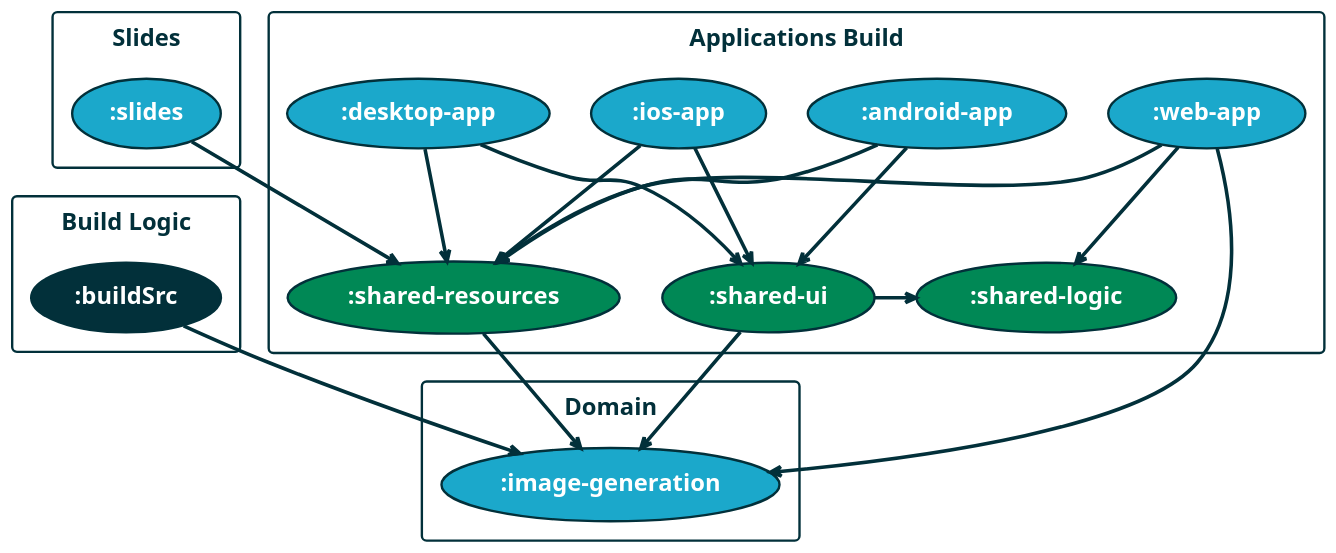
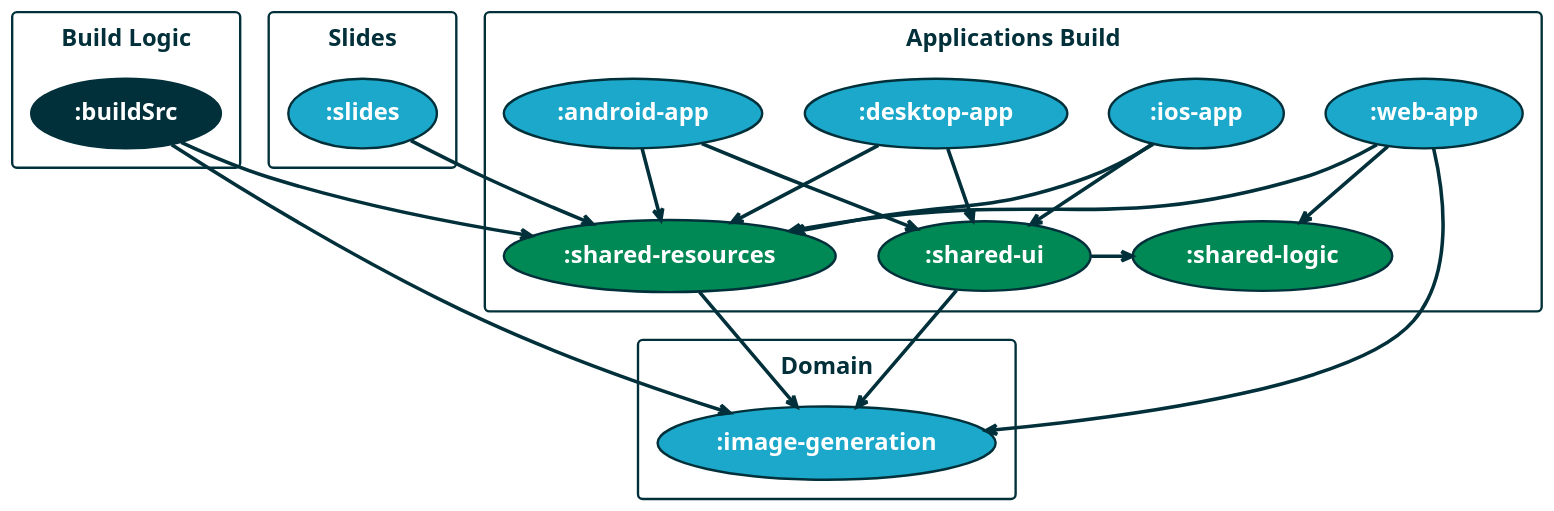
One commit to gradle/imaginate changed the diagram in slides/src/docs/asciidoc/fragments/_diagram_build-logic-graph.adoc. Above: the diagram before and after it, drawn with PlantUML. The commit also changed 2 other files, not shown here.

Commit message:
Refine slides

```diff
--- a/slides/src/docs/asciidoc/fragments/_diagram_build-logic-graph.adoc
+++ b/slides/src/docs/asciidoc/fragments/_diagram_build-logic-graph.adoc
@@ -1,61 +1,62 @@
 [plantuml]
 ....
 @startuml
 !theme spacelab
 skinparam shadowing false
 skinparam defaultFontSize 20
 skinparam defaultFontName Helvetica
 skinparam defaultFontColor white
 skinparam usecase {
   BackgroundColor 1ba8cb
   BorderColor 02303a
   ArrowColor 02303a
 }
 skinparam rectangleFontColor 02303a
 skinparam rectangle {
   BackgroundColor ffffff
   BorderColor 02303a
 }
 top to bottom direction
 rectangle Domain {
     "**:image-generation**" as (imageGeneration)
 }
 rectangle "Build Logic" {
     "**:buildSrc**" as (buildLogic) #02303a
 }
 rectangle "Applications Build" {
 "**:shared-resources**" as (sharedResources) #008855
 "**:shared-logic**" as (sharedLogic) #008855
 "**:shared-ui**" as (sharedUi) #008855
     "**:desktop-app**" as (desktopApp)
     "**:android-app**" as (androidApp)
     "**:ios-app**" as (iosApp)
     "**:web-app**" as (webApp)
 }
 rectangle Slides {
     "**:slides**" as (slides)
 }
 
 desktopApp --> sharedResources
 desktopApp --> sharedUi
 
 androidApp --> sharedResources
 androidApp --> sharedUi
 
 iosApp --> sharedResources
 iosApp --> sharedUi
 
 webApp --> sharedLogic
 webApp --> sharedResources
 webApp --> imageGeneration
 
 slides --> sharedResources
 
 buildLogic --> imageGeneration
+buildLogic --> sharedResources
 sharedResources --> imageGeneration
 sharedUi -> sharedLogic
 sharedUi -> imageGeneration
 
 
 @enduml
 ....
```
